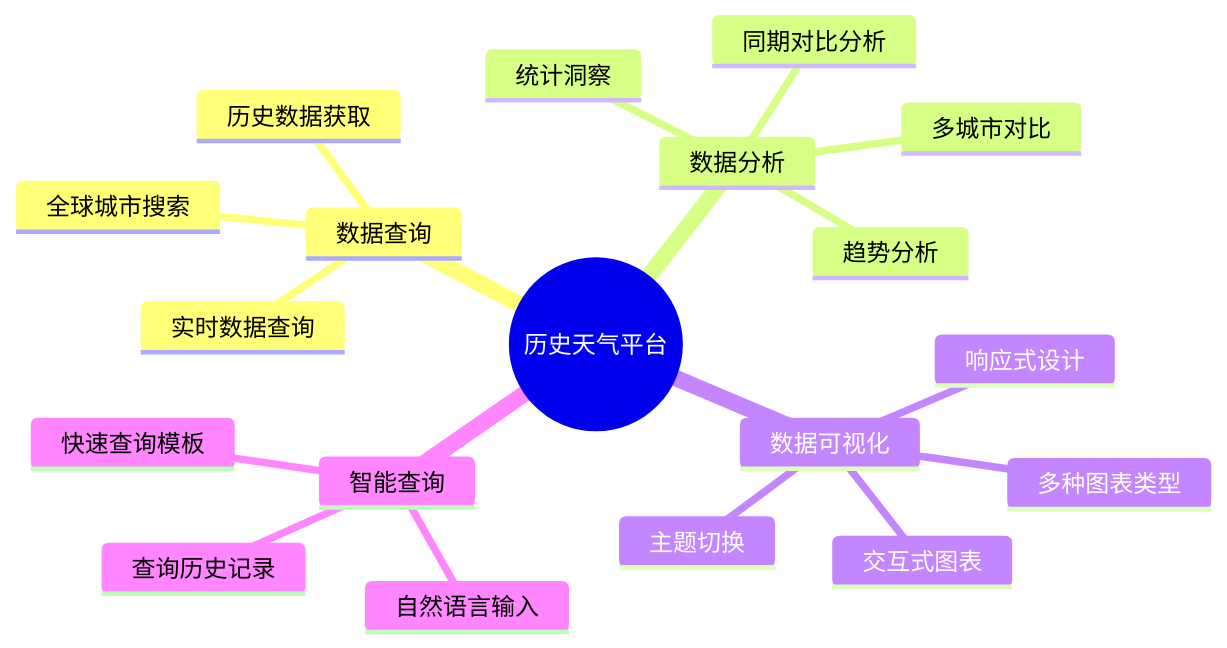
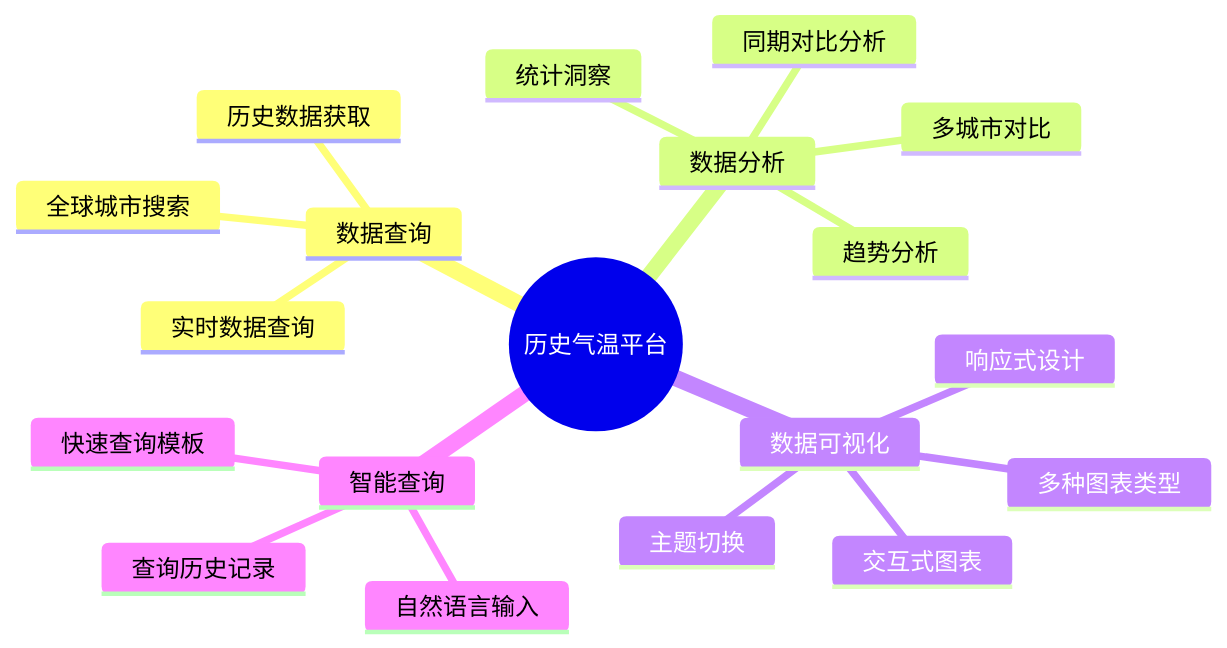
One commit to pipi32167/historical_weather changed the first of 16 diagrams in docs/USER_GUIDE.md. Above: the diagram before and after it, drawn with Mermaid. The commit also changed other lines of this file and 39 other files, not shown here.

````diff
--- a/docs/USER_GUIDE.md
+++ b/docs/USER_GUIDE.md
@@ -19,22 +19,22 @@
 ```mermaid
 mindmap
-  root((历史天气平台))
+  root((历史气温平台))
     数据查询
       全球城市搜索
       历史数据获取
       实时数据查询
     数据分析
       同期对比分析
       多城市对比
       趋势分析
       统计洞察
     数据可视化
       多种图表类型
       交互式图表
       响应式设计
       主题切换
     智能查询
       自然语言输入
       查询历史记录
       快速查询模板
 ```
````
